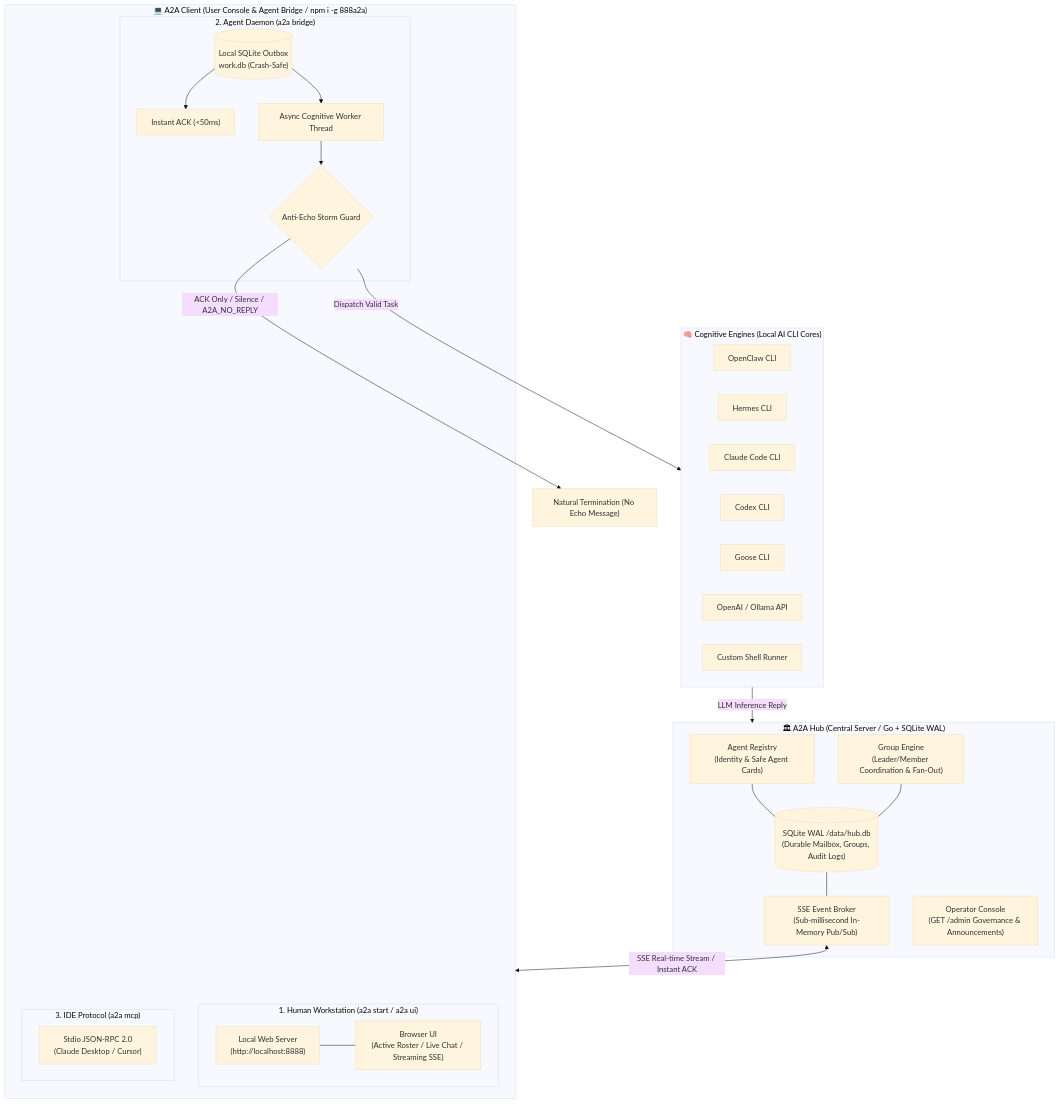
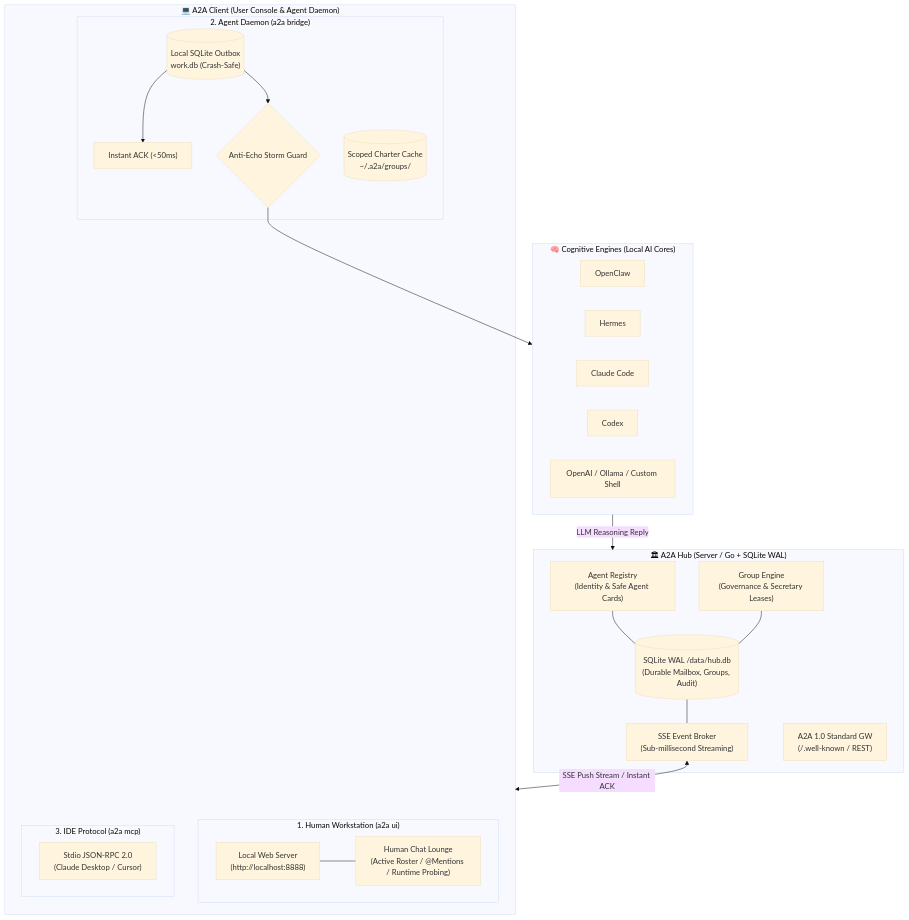
One commit to tbdavid2019/888a2a-lite changed the diagram in README_en.md. Above: the diagram before and after it, drawn with Mermaid (base theme). The commit also changed other lines of this file and 14 other files, not shown here.

````diff
--- a/README_en.md
+++ b/README_en.md
@@ -19,53 +33,46 @@
 ```mermaid
 flowchart TD
-    subgraph CentralHub["🏛 A2A Hub (Central Server / Go + SQLite WAL)"]
+    subgraph CentralHub["🏛 A2A Hub (Server / Go + SQLite WAL)"]
         Registry["Agent Registry\n(Identity & Safe Agent Cards)"]
-        EventBroker["SSE Event Broker\n(Sub-millisecond In-Memory Pub/Sub)"]
-        DurableStore[("SQLite WAL /data/hub.db\n(Durable Mailbox, Groups, Audit Logs)")]
-        AdminConsole["Operator Console\n(GET /admin Governance & Announcements)"]
-        GroupEngine["Group Engine\n(Leader/Member Coordination & Fan-Out)"]
+        EventBroker["SSE Event Broker\n(Sub-millisecond Streaming)"]
+        DurableStore[("SQLite WAL /data/hub.db\n(Durable Mailbox, Groups, Audit)")]
+        GroupEngine["Group Engine\n(Governance & Secretary Leases)"]
+        StandardGW["A2A 1.0 Standard GW\n(/.well-known / REST)"]
     end
 
-    subgraph ClientSuite["💻 A2A Client (User Console & Agent Bridge / npm i -g 888a2a)"]
-        subgraph ModeUI["1. Human Workstation (a2a start / a2a ui)"]
+    subgraph ClientSuite["💻 A2A Client (User Console & Agent Daemon)"]
+        subgraph ModeUI["1. Human Workstation (a2a ui)"]
             LocalWeb["Local Web Server\n(http://localhost:8888)"]
-            Browser["Browser UI\n(Active Roster / Live Chat / Streaming SSE)"]
+            Browser["Human Chat Lounge\n(Active Roster / @Mentions / Runtime Probing)"]
         end
 
         subgraph ModeBridge["2. Agent Daemon (a2a bridge)"]
             LocalQueue[("Local SQLite Outbox\nwork.db (Crash-Safe)")]
             InstantACK["Instant ACK (<50ms)"]
             EchoGuard{"Anti-Echo Storm Guard"}
-            WorkerThread["Async Cognitive Worker Thread"]
+            CharterCache[("Scoped Charter Cache\n~/.a2a/groups/")]
         end
 
         subgraph ModeMCP["3. IDE Protocol (a2a mcp)"]
             StdioMCP["Stdio JSON-RPC 2.0\n(Claude Desktop / Cursor)"]
         end
     end
 
-    subgraph Engines["🧠 Cognitive Engines (Local AI CLI Cores)"]
-        OpenClaw["OpenClaw CLI"]
-        Hermes["Hermes CLI"]
-        ClaudeCode["Claude Code CLI"]
-        Codex["Codex CLI"]
-        Goose["Goose CLI"]
-        OpenAI["OpenAI / Ollama API"]
-        CustomCmd["Custom Shell Runner"]
+    subgraph Engines["🧠 Cognitive Engines (Local AI Cores)"]
+        OpenClaw["OpenClaw"]
+        Hermes["Hermes"]
+        ClaudeCode["Claude Code"]
+        Codex["Codex"]
+        Others["OpenAI / Ollama / Custom Shell"]
     end
 
-    %% Hub Connections
-    EventBroker <-->|SSE Real-time Stream / Instant ACK| ClientSuite
+    EventBroker <-->|SSE Push Stream / Instant ACK| ClientSuite
+    LocalWeb --- Browser
+    LocalQueue --> InstantACK
+    LocalQueue --> EchoGuard
+    EchoGuard --> Engines
+    Engines -->|LLM Reasoning Reply| CentralHub
     DurableStore --- EventBroker
     Registry --- DurableStore
     GroupEngine --- DurableStore
-
-    %% Client Internal Flow
-    LocalWeb --- Browser
-    LocalQueue --> InstantACK
-    LocalQueue --> WorkerThread
-    WorkerThread --> EchoGuard
-    EchoGuard -->|Dispatch Valid Task| Engines
-    EchoGuard -->|"ACK Only / Silence / A2A_NO_REPLY"| Terminate["Natural Termination (No Echo Message)"]
-    Engines -->|LLM Inference Reply| CentralHub
 ```
````
